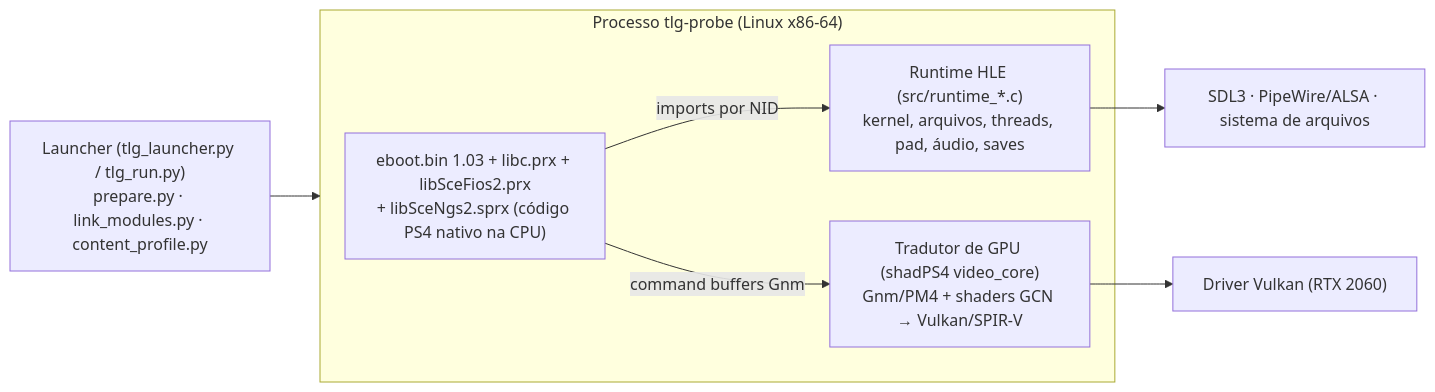
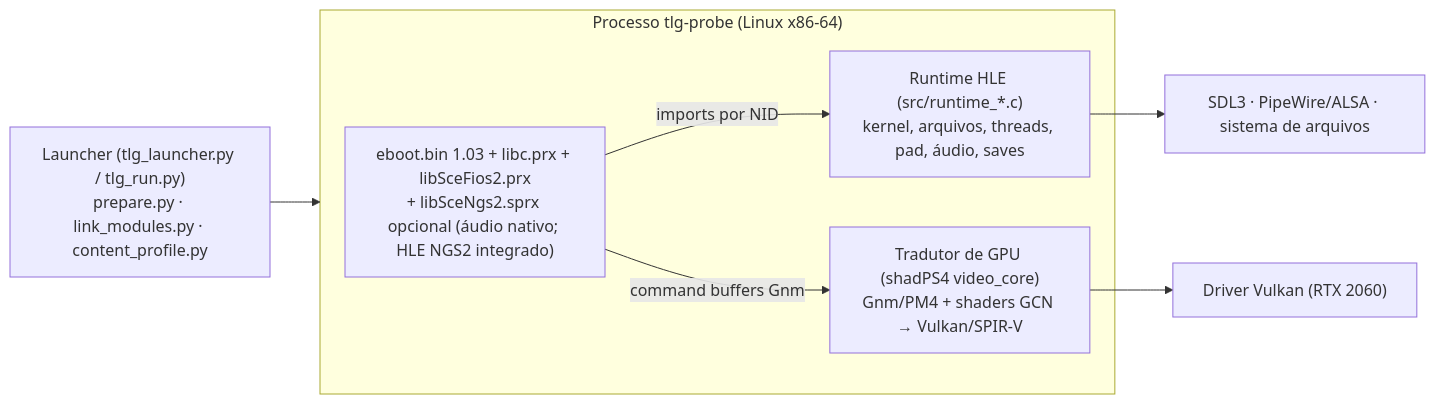
One commit to GFOXSH/tlg_pc changed the diagram in docs/PROGRESSO.md. Above: the diagram before and after it, drawn with Mermaid. The commit also changed 3 other files, not shown here.

Commit message:
Update launcher descriptions for HLE NGS2

````diff
--- a/docs/PROGRESSO.md
+++ b/docs/PROGRESSO.md
@@ -47,13 +47,13 @@
 ```mermaid
 flowchart LR
     L["Launcher (tlg_launcher.py / tlg_run.py)<br/>prepare.py · link_modules.py · content_profile.py"] --> P
     subgraph P["Processo tlg-probe (Linux x86-64)"]
-        E["eboot.bin 1.03 + libc.prx + libSceFios2.prx<br/>+ libSceNgs2.sprx (código PS4 nativo na CPU)"]
+        E["eboot.bin 1.03 + libc.prx + libSceFios2.prx<br/>+ libSceNgs2.sprx opcional (áudio nativo; HLE NGS2 integrado)"]
         R["Runtime HLE (src/runtime_*.c)<br/>kernel, arquivos, threads, pad, áudio, saves"]
         G["Tradutor de GPU (shadPS4 video_core)<br/>Gnm/PM4 + shaders GCN → Vulkan/SPIR-V"]
         E -- "imports por NID" --> R
         E -- "command buffers Gnm" --> G
     end
     R --> OS["SDL3 · PipeWire/ALSA · sistema de arquivos"]
     G --> VK["Driver Vulkan (RTX 2060)"]
 ```
````
